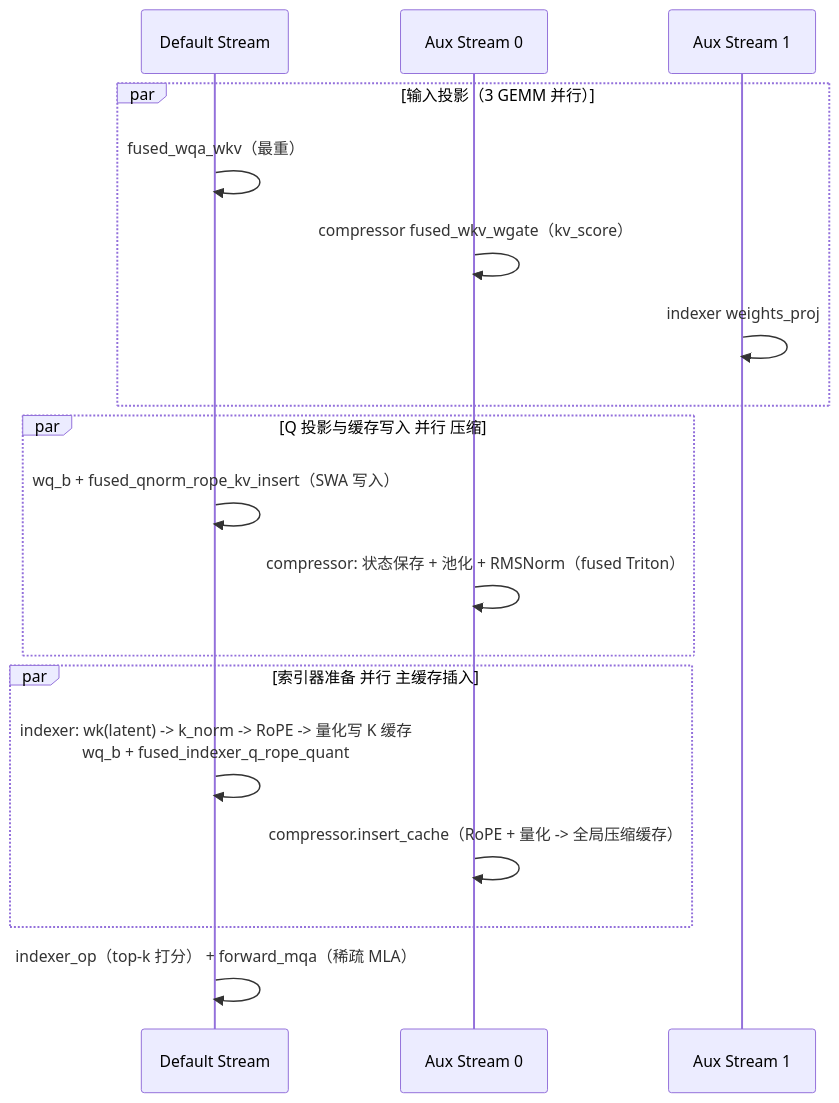
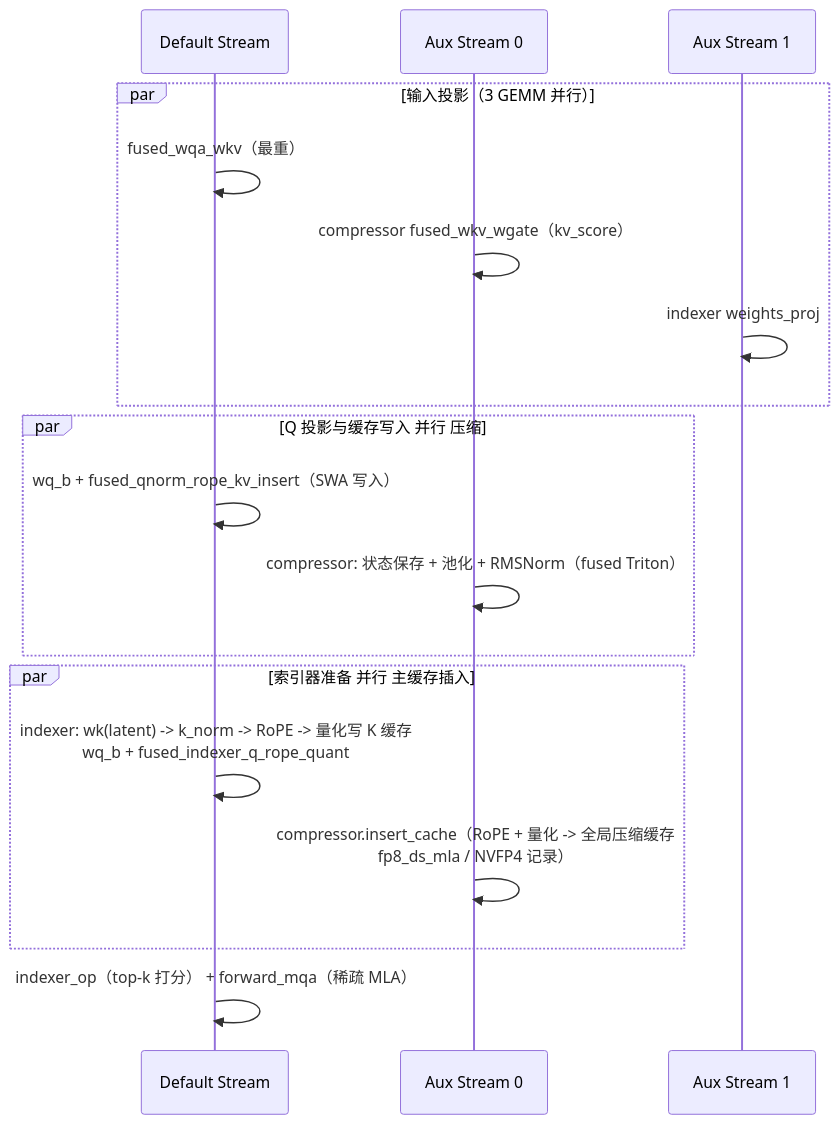
Before and after one commit to shen-shanshan/vllm-dev-skills: the ninth of 11 diagrams in skills/vllm-model-tutorial/outputs/deepseek_v4_1_flash.md, drawn with Mermaid. The commit also changed other lines of this file and 4 other files, not shown here.

````diff
--- a/skills/vllm-model-tutorial/outputs/deepseek_v4_1_flash.md
+++ b/skills/vllm-model-tutorial/outputs/deepseek_v4_1_flash.md
@@ -698,21 +741,21 @@
 ```mermaid
 sequenceDiagram
     participant D as Default Stream
     participant A0 as Aux Stream 0
     participant A1 as Aux Stream 1
 
     par 输入投影（3 GEMM 并行）
         D->>D: fused_wqa_wkv（最重）
         A0->>A0: compressor fused_wkv_wgate（kv_score）
         A1->>A1: indexer weights_proj
     end
     par Q 投影与缓存写入 并行 压缩
         D->>D: wq_b + fused_qnorm_rope_kv_insert（SWA 写入）
         A0->>A0: compressor: 状态保存 + 池化 + RMSNorm（fused Triton）
     end
     par 索引器准备 并行 主缓存插入
         D->>D: indexer: wk(latent) -> k_norm -> RoPE -> 量化写 K 缓存<br/>wq_b + fused_indexer_q_rope_quant
-        A0->>A0: compressor.insert_cache（RoPE + 量化 -> 全局压缩缓存）
+        A0->>A0: compressor.insert_cache（RoPE + 量化 -> 全局压缩缓存<br/>fp8_ds_mla / NVFP4 记录）
     end
     D->>D: indexer_op（top-k 打分） + forward_mqa（稀疏 MLA）
 ```
````
